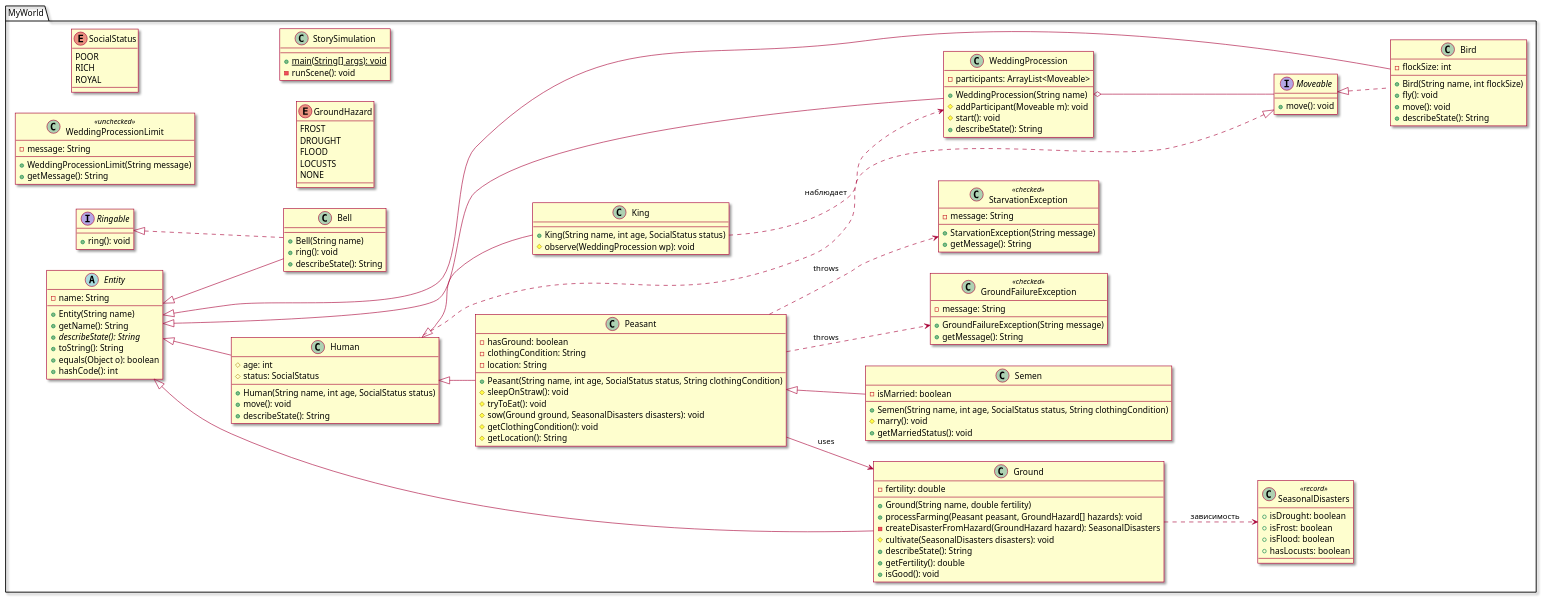
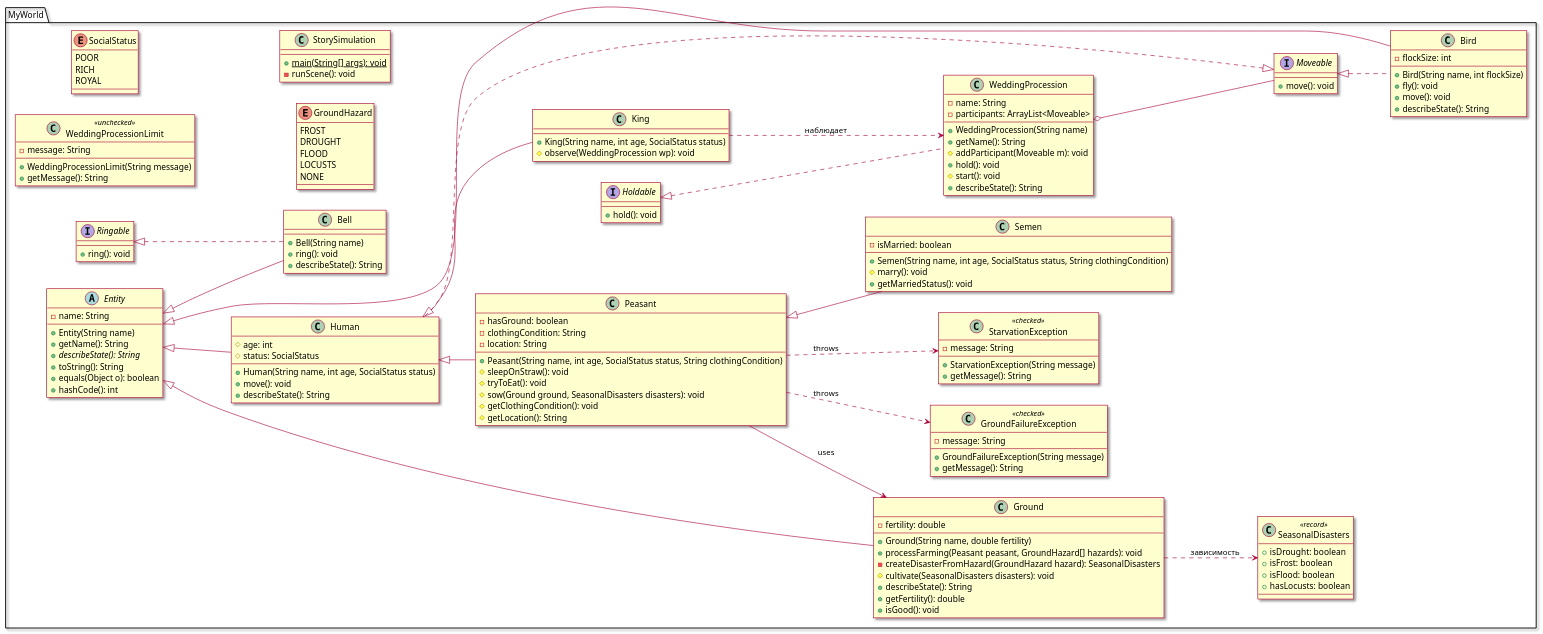
One commit to AIra-work213/Java_ITMO changed the diagram in my.puml. Above: the diagram before and after it, drawn with PlantUML. The commit also changed 4 other files, not shown here.

```diff
--- a/my.puml
+++ b/my.puml
@@ -1,146 +1,152 @@
 @startuml
 left to right direction
 skin rose
 package "MyWorld" {
 
     ' Interfaces
     interface Ringable {
         + ring(): void
     }
 
     interface Moveable {
         + move(): void
+    }
+    interface Holdable {
+        + hold(): void
     }
 
     ' Records
     class SeasonalDisasters <<record>> {
         + isDrought: boolean
         + isFrost: boolean
         + isFlood: boolean
         + hasLocusts: boolean
     }
 
     ' Exceptions
     class GroundFailureException <<checked>> {
         - message: String
         + GroundFailureException(String message)
         + getMessage(): String
     }
 
     class StarvationException <<checked>> {
         - message: String
         + StarvationException(String message)
         + getMessage(): String
     }
     class WeddingProcessionLimit <<unchecked>> {
         - message: String
         + WeddingProcessionLimit(String message)
         + getMessage(): String
     }
 
     ' Abstract Base Class
     abstract class Entity {
         - name: String
         + Entity(String name)
         + getName(): String
         + {abstract} describeState(): String
         + toString(): String
         + equals(Object o): boolean
         + hashCode(): int
     }
 
     ' Enums
     enum SocialStatus {
         POOR
         RICH
         ROYAL
     }
 
     enum GroundHazard {
         FROST
         DROUGHT
         FLOOD
         LOCUSTS
         NONE
     }
 
     ' Concrete Classes
     class Bell extends Entity implements Ringable {
         + Bell(String name)
         + ring(): void
         + describeState(): String
     }
 
     class Human extends Entity implements Moveable {
         # age: int
         # status: SocialStatus
         + Human(String name, int age, SocialStatus status)
         + move(): void
         + describeState(): String
     }
 
     class Peasant extends Human {
         - hasGround: boolean
         - clothingCondition: String
         - location: String
         + Peasant(String name, int age, SocialStatus status, String clothingCondition)
         # sleepOnStraw(): void
         # tryToEat(): void
         # sow(Ground ground, SeasonalDisasters disasters): void
         # getClothingCondition(): void
         # getLocation(): String
     }
 
     class Semen extends Peasant {
         - isMarried: boolean
         + Semen(String name, int age, SocialStatus status, String clothingCondition)
         # marry(): void
         + getMarriedStatus(): void
     }
 
     class King extends Human {
         + King(String name, int age, SocialStatus status)
         # observe(WeddingProcession wp): void
     }
 
     class Bird extends Entity implements Moveable {
         - flockSize: int
         + Bird(String name, int flockSize)
         + fly(): void
         + move(): void
         + describeState(): String
     }
 
     class Ground extends Entity {
         - fertility: double
         + Ground(String name, double fertility)
         + processFarming(Peasant peasant, GroundHazard[] hazards): void
         - createDisasterFromHazard(GroundHazard hazard): SeasonalDisasters
         # cultivate(SeasonalDisasters disasters): void
         + describeState(): String
         + getFertility(): double
         + isGood(): void
     }
 
-    class WeddingProcession extends Entity {
+    class WeddingProcession implements Holdable {
+        - name: String
         - participants: ArrayList<Moveable>
         + WeddingProcession(String name)
+        + getName(): String
         # addParticipant(Moveable m): void
+        + hold(): void
         # start(): void
         + describeState(): String
     }
 
     class StorySimulation {
         + {static} main(String[] args): void
         - runScene(): void
     }
 }
 ' Relationships
 Peasant --> Ground : uses
 Peasant ..> GroundFailureException : throws
 Peasant ..> StarvationException : throws
 Ground ..> SeasonalDisasters : зависимость
 WeddingProcession o-- Moveable
 King ..> WeddingProcession : наблюдает
 
 @enduml
```
